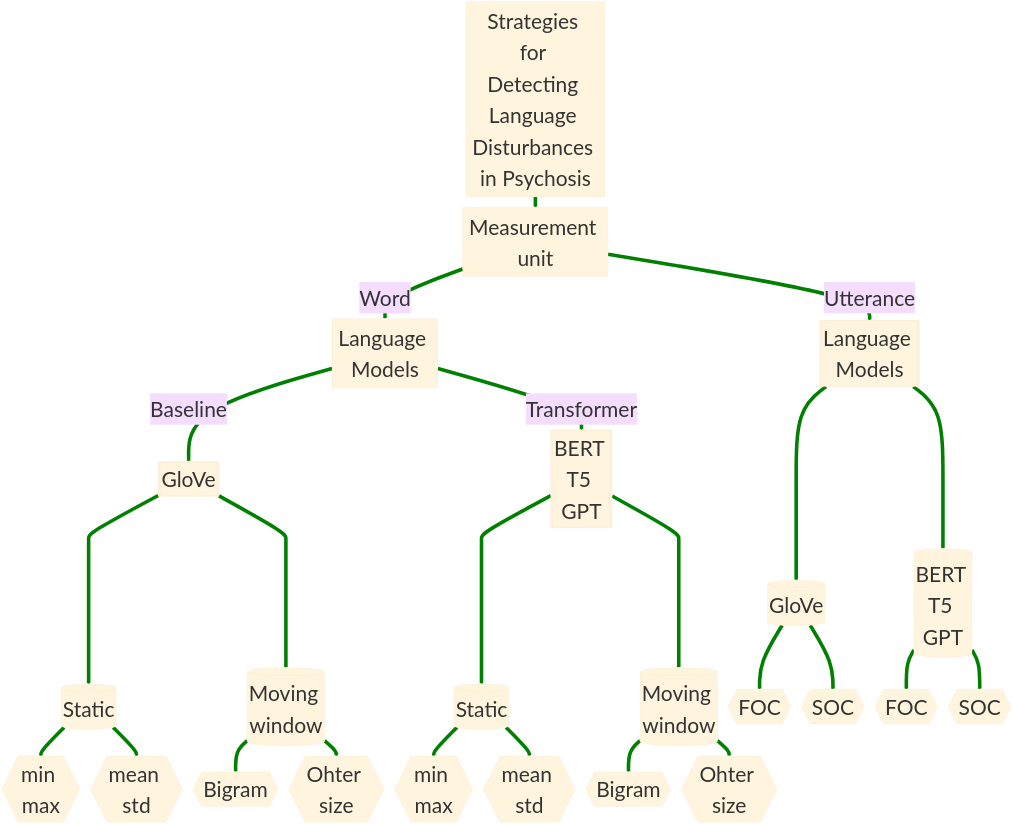
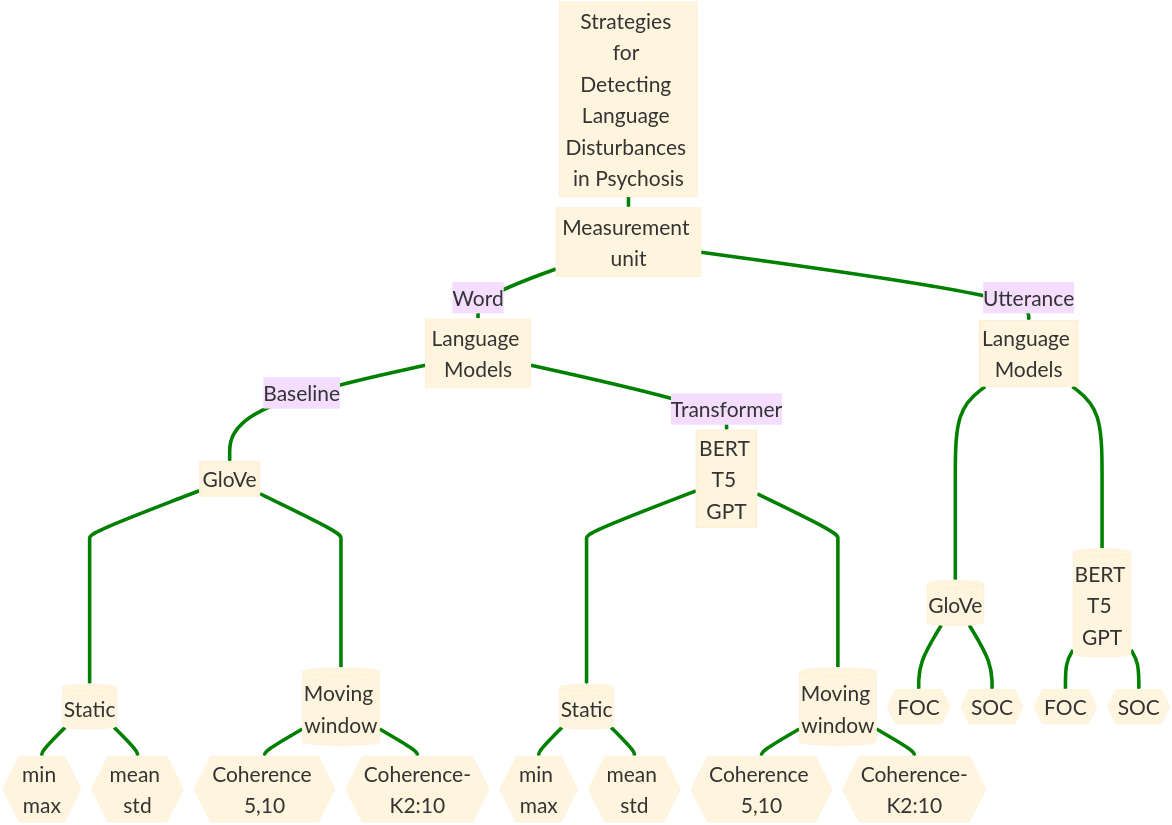
Before and after one commit to yancong222/SSD-LM-STanglab: the first of 2 diagrams in README.md, drawn with Mermaid.

````diff
--- a/README.md
+++ b/README.md
@@ -5,50 +5,50 @@
 ```mermaid
 %%{init: {'theme': 'base', 'themeVariables': { 'fontSize': '100px'}}}%%
 flowchart TD
     A[Strategies for Detecting Language Disturbances in Psychosis] ==> B[Measurement unit]
     B == Word ==> C[Language Models]
     C == Baseline ==> D[[GloVe]] ====> G[(Static)]
     G ==> J{{min max}}
     G ==> K{{mean std}}
     D ====> P[(Moving window)]
-    P ==> Q{{Bigram}}
-    P ==> R{{Ohter size}}
+    P ==> Q{{Coherence 5,10}}
+    P ==> R{{Coherence-K2:10}}
     C == Transformer ==> E[[BERT T5 GPT]] ====> H[(Static)]
     H ==> L{{min max}}
     H ==> M{{mean std}}
     E ====> S[(Moving window)]
-    S ==> T{{Bigram}}
-    S ==> U{{Ohter size}}
+    S ==> T{{Coherence 5,10}}
+    S ==> U{{Coherence-K2:10}}
     B == Utterance ==> F[[Language Models]] ====> I[(GloVe)]
     I ==> N{{FOC}}
     I ==> O{{SOC}}
     F ====> V[(BERT T5 GPT)]
     V ==> W{{FOC}}
     V ==> X{{SOC}}
     
     
     linkStyle 0 stroke-width:17px,fill:none,stroke:green;
     linkStyle 1 stroke-width:17px,fill:none,stroke:green;
     linkStyle 2 stroke-width:17px,fill:none,stroke:green;
     linkStyle 3 stroke-width:17px,fill:none,stroke:green;
     linkStyle 4 stroke-width:17px,fill:none,stroke:green;
     linkStyle 5 stroke-width:17px,fill:none,stroke:green;
     linkStyle 6 stroke-width:17px,fill:none,stroke:green;
     linkStyle 7 stroke-width:17px,fill:none,stroke:green;
     linkStyle 8 stroke-width:17px,fill:none,stroke:green;
     linkStyle 9 stroke-width:17px,fill:none,stroke:green;
     linkStyle 10 stroke-width:17px,fill:none,stroke:green;
     linkStyle 11 stroke-width:17px,fill:none,stroke:green;
     linkStyle 12 stroke-width:17px,fill:none,stroke:green;
     linkStyle 13 stroke-width:17px,fill:none,stroke:green;
     linkStyle 14 stroke-width:17px,fill:none,stroke:green;
     linkStyle 15 stroke-width:17px,fill:none,stroke:green;
     linkStyle 16 stroke-width:17px,fill:none,stroke:green;
     linkStyle 17 stroke-width:17px,fill:none,stroke:green;
     linkStyle 18 stroke-width:17px,fill:none,stroke:green;
     linkStyle 19 stroke-width:17px,fill:none,stroke:green;
     linkStyle 20 stroke-width:17px,fill:none,stroke:green;
     linkStyle 21 stroke-width:17px,fill:none,stroke:green;
     linkStyle 22 stroke-width:17px,fill:none,stroke:green;
     
 ```
````
